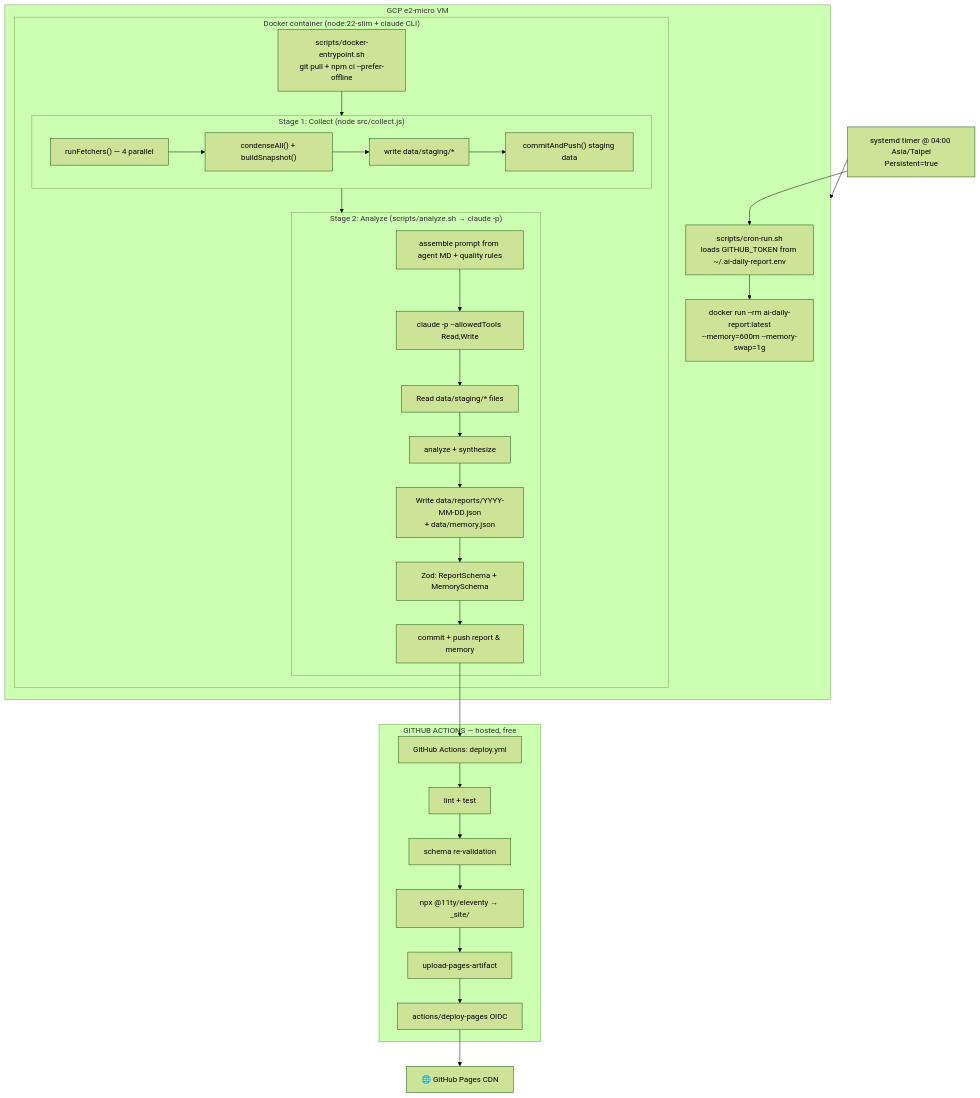
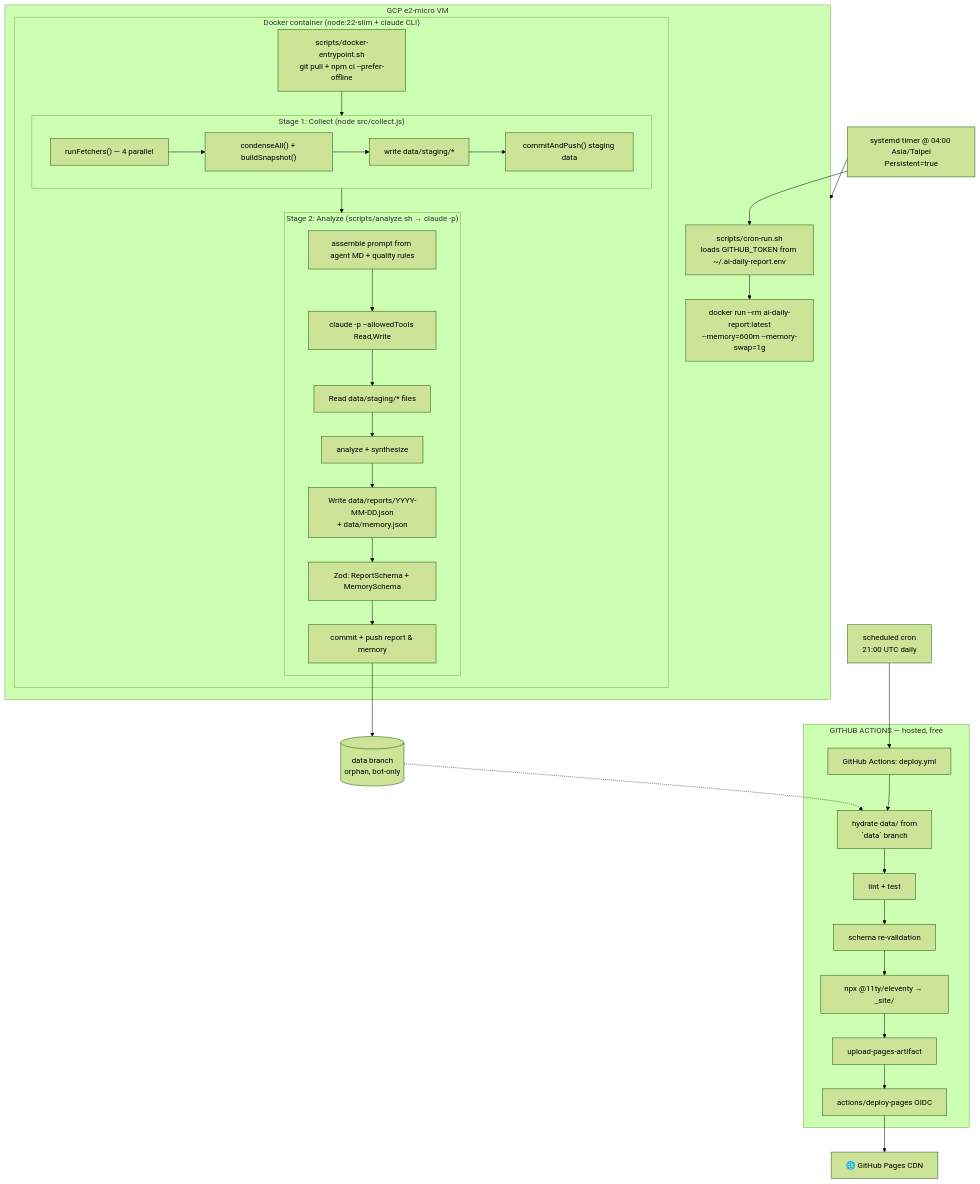
Before and after one commit to bolin8017/ai-daily-report: the first of 3 diagrams in docs/architecture.md, drawn with Mermaid (forest theme). The commit also changed other lines of this file and 3 other files, not shown here.

````diff
--- a/docs/architecture.md
+++ b/docs/architecture.md
@@ -17,46 +17,50 @@
 ```mermaid
 flowchart TD
   Timer["systemd timer @ 04:00 Asia/Taipei<br/>Persistent=true"] --> Host
 
   subgraph Host["GCP e2-micro VM"]
     CronRun["scripts/cron-run.sh<br/>loads GITHUB_TOKEN from ~/.ai-daily-report.env"]
     CronRun --> Docker["docker run --rm ai-daily-report:latest<br/>--memory=600m --memory-swap=1g"]
 
     subgraph Container["Docker container (node:22-slim + claude CLI)"]
       Entry["scripts/docker-entrypoint.sh<br/>git pull + npm ci --prefer-offline"]
 
       subgraph Stage1["Stage 1: Collect (node src/collect.js)"]
         Fetch["runFetchers() — 4 parallel"]
         Fetch --> Condense["condenseAll() + buildSnapshot()"]
         Condense --> WriteStaging["write data/staging/*"]
         WriteStaging --> CommitStaging["commitAndPush() staging data"]
       end
 
       subgraph Stage2["Stage 2: Analyze (scripts/analyze.sh → claude -p)"]
         Prompt["assemble prompt from agent MD + quality rules"]
         Prompt --> ClaudeP["claude -p --allowedTools Read,Write"]
         ClaudeP --> ReadStaging["Read data/staging/* files"]
         ReadStaging --> Analyze["analyze + synthesize"]
         Analyze --> WriteReport["Write data/reports/YYYY-MM-DD.json\n+ data/memory.json"]
         WriteReport --> Validate["Zod: ReportSchema + MemorySchema"]
         Validate --> CommitReport["commit + push report & memory"]
       end
 
       Entry --> Stage1
       Stage1 --> Stage2
     end
   end
 
   Timer --> CronRun
-  CommitReport --> GHA[GitHub Actions: deploy.yml]
+  CommitReport --> DataBranch[(data branch<br/>orphan, bot-only)]
+
+  GHACron[scheduled cron<br/>21:00 UTC daily] --> GHA[GitHub Actions: deploy.yml]
 
   subgraph GHACI["GITHUB ACTIONS — hosted, free"]
-    GHA --> Lint[lint + test]
+    GHA --> Hydrate[hydrate data/ from<br/>`data` branch]
+    Hydrate --> Lint[lint + test]
     Lint --> RevValidate[schema re-validation]
     RevValidate --> Build[npx @11ty/eleventy → _site/]
     Build --> Upload[upload-pages-artifact]
     Upload --> Deploy[actions/deploy-pages OIDC]
   end
 
+  DataBranch -.-> Hydrate
   Deploy --> Pages[🌐 GitHub Pages CDN]
 ```
````
